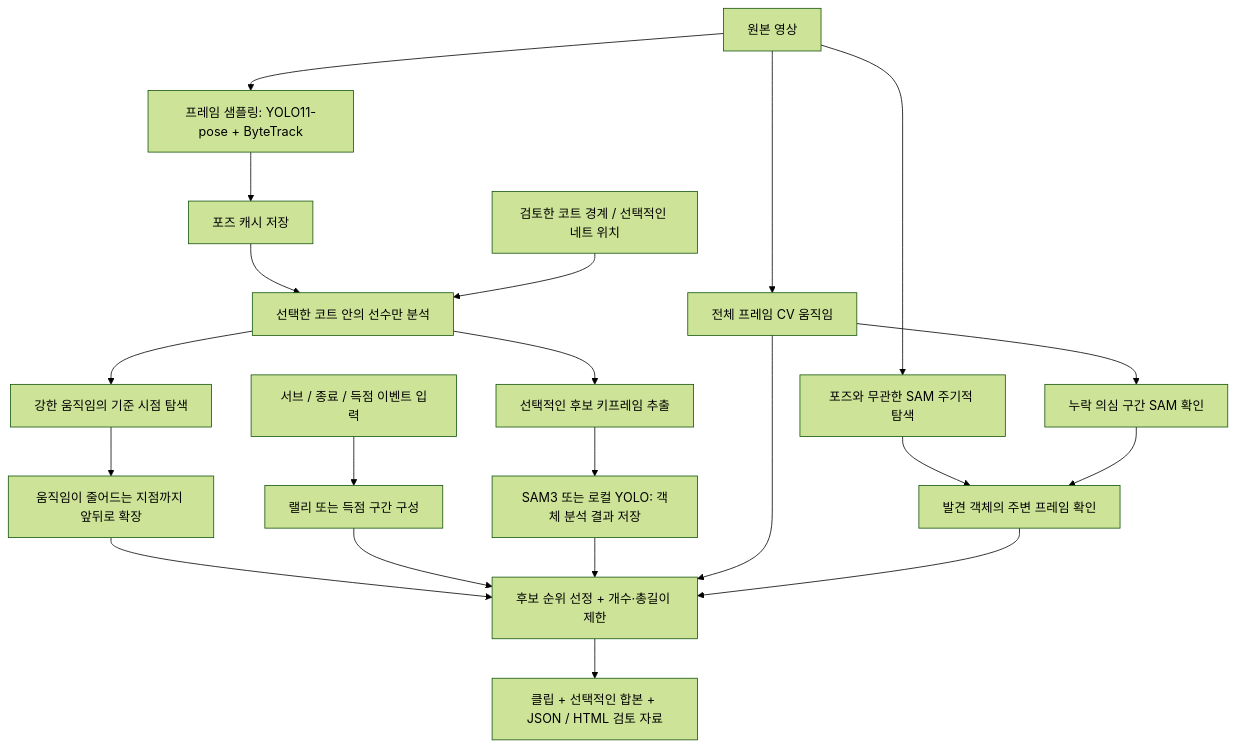
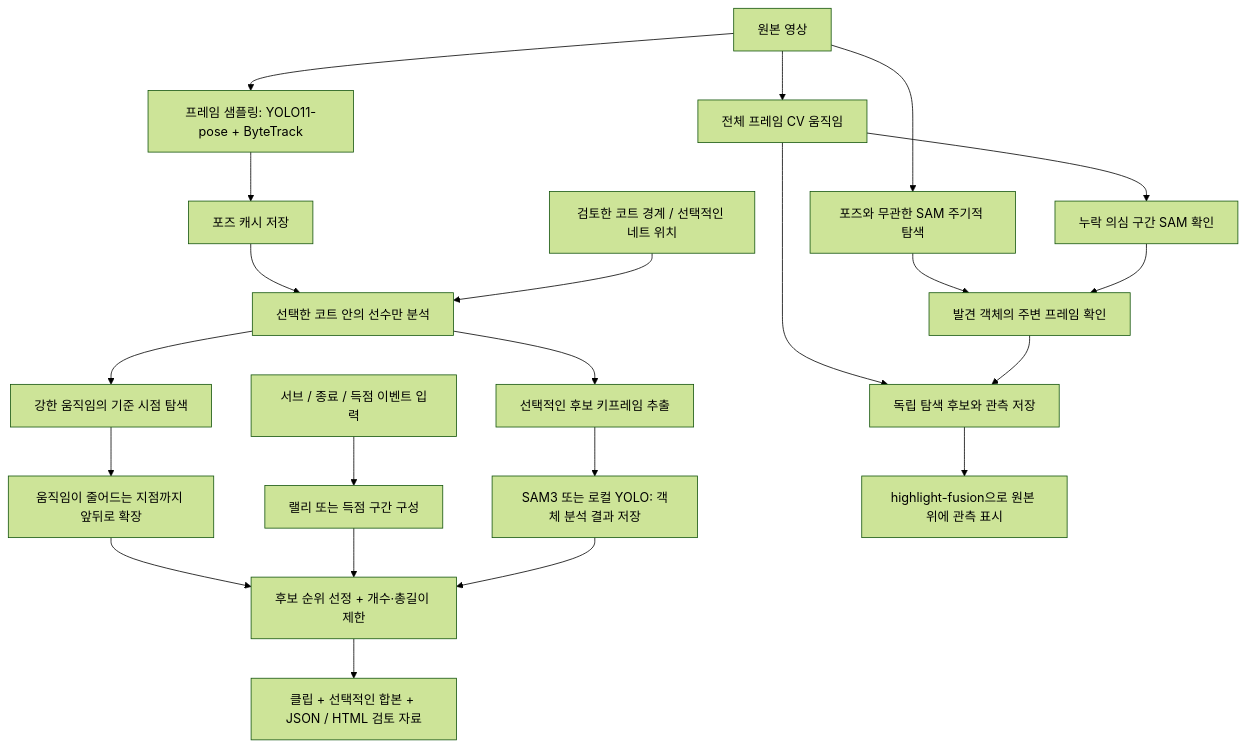
One commit to yongseongkim/highlight-generator changed the diagram in README.md. Above: the diagram before and after it, drawn with Mermaid (forest theme). The commit also changed other lines of this file, not shown here.

Commit message:
Clarify the Korean quick start for highlight extraction

````diff
--- a/README.md
+++ b/README.md
@@ -34,23 +36,24 @@
 ```mermaid
 flowchart TD
     V["원본 영상"] --> P["프레임 샘플링: YOLO11-pose + ByteTrack"]
     V --> CV["전체 프레임 CV 움직임"]
     V --> DS["포즈와 무관한 SAM 주기적 탐색"]
     CV --> DC["누락 의심 구간 SAM 확인"]
     DS --> DR["발견 객체의 주변 프레임 확인"]
     DC --> DR
     P --> A["포즈 캐시 저장"]
     A --> F["선택한 코트 안의 선수만 분석"]
     C["검토한 코트 경계 / 선택적인 네트 위치"] --> F
     F --> M["강한 움직임의 기준 시점 탐색"]
     M --> X["움직임이 줄어드는 지점까지 앞뒤로 확장"]
     F --> K["선택적인 후보 키프레임 추출"]
     K --> S["SAM3 또는 로컬 YOLO: 객체 분석 결과 저장"]
     E["서브 / 종료 / 득점 이벤트 입력"] --> U["랠리 또는 득점 구간 구성"]
     X --> R["후보 순위 선정 + 개수·총길이 제한"]
     U --> R
     S --> R
-    CV --> R
-    DR --> R
     R --> O["클립 + 선택적인 합본 + JSON / HTML 검토 자료"]
+    CV --> D["독립 탐색 후보와 관측 저장"]
+    DR --> D
+    D --> FO["highlight-fusion으로 원본 위에 관측 표시"]
 ```
````
